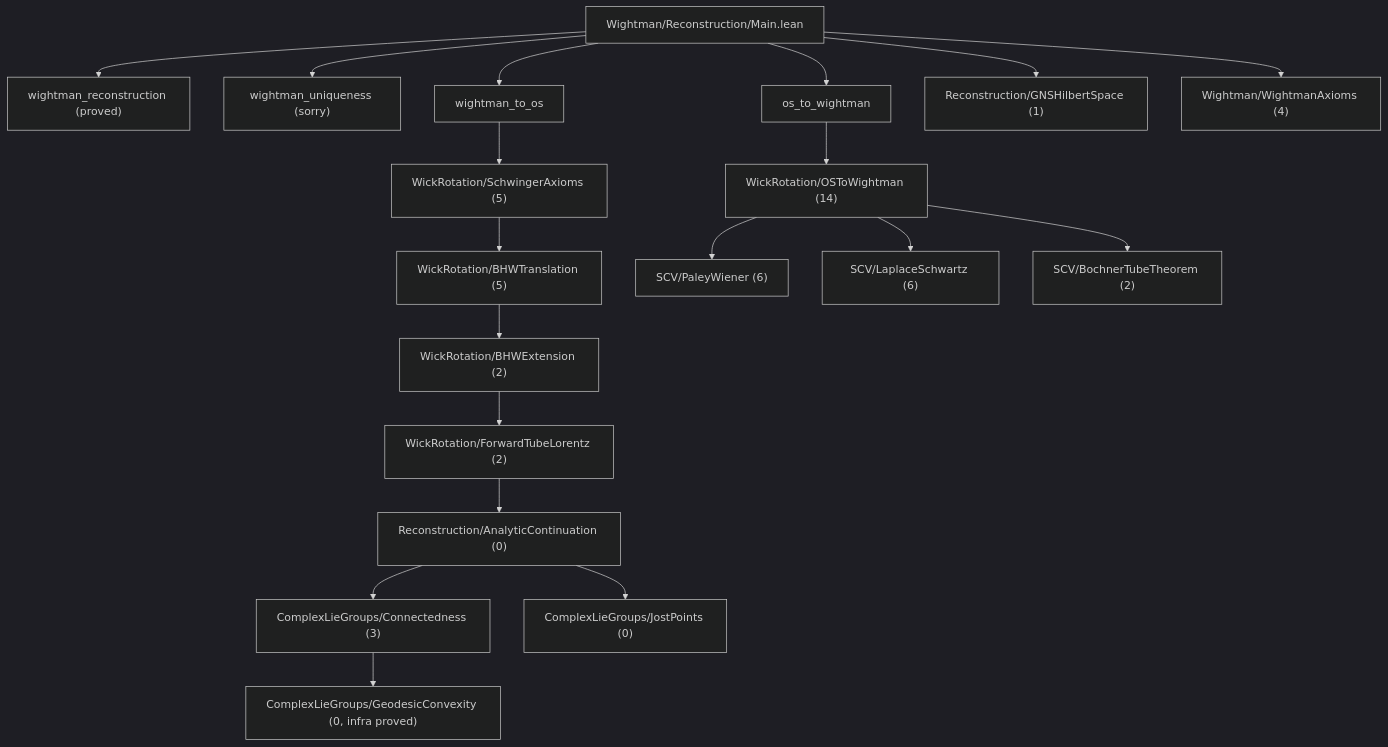
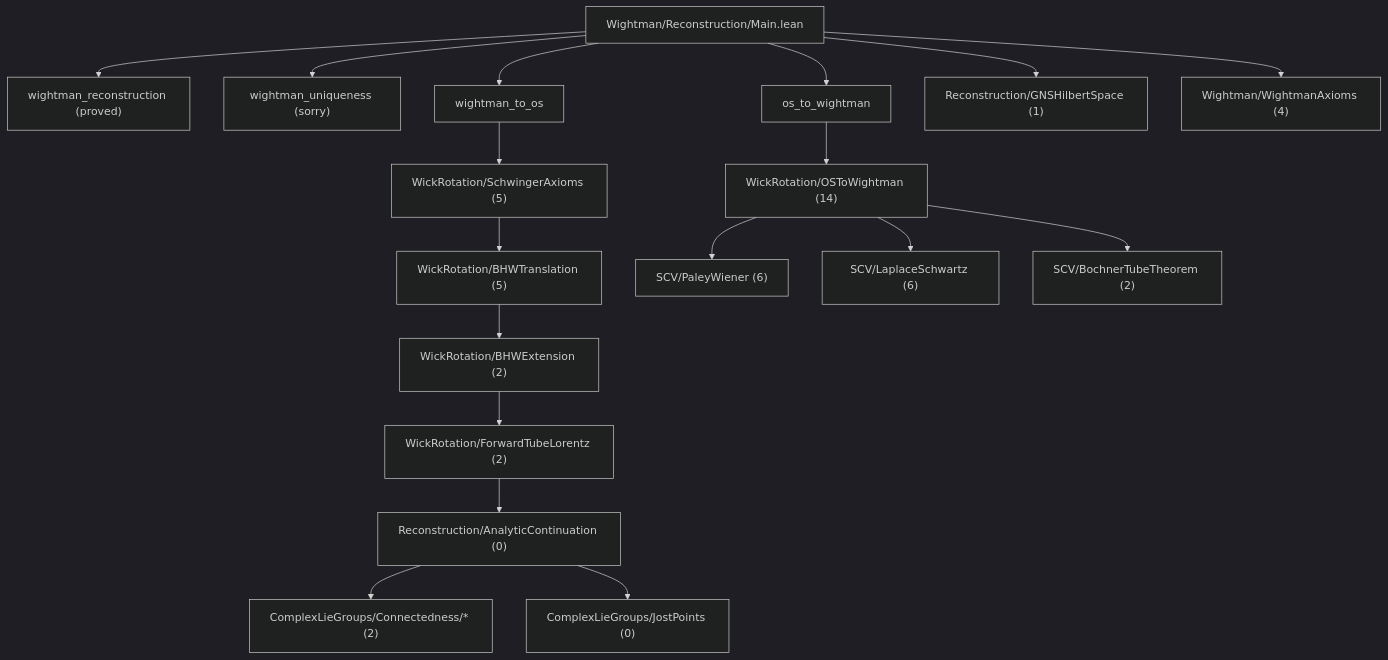
The diagram in OSReconstruction/Wightman/TODO.md (mrdouglasny/OSreconstruction-1), drawn with Mermaid (dark theme) before and after one commit. The commit also changed other lines of this file and 31 other files, not shown here.

````diff
--- a/OSReconstruction/Wightman/TODO.md
+++ b/OSReconstruction/Wightman/TODO.md
@@ -31,25 +33,24 @@
 ```mermaid
 flowchart TD
   M["Wightman/Reconstruction/Main.lean"]
   M --> T1["wightman_reconstruction (proved)"]
   M --> T2["wightman_uniqueness (sorry)"]
   M --> T3["wightman_to_os"]
   M --> T4["os_to_wightman"]
 
   T3 --> SA["WickRotation/SchwingerAxioms (5)"]
   SA --> BT["WickRotation/BHWTranslation (5)"]
   BT --> BE["WickRotation/BHWExtension (2)"]
   BE --> FL["WickRotation/ForwardTubeLorentz (2)"]
   FL --> AC["Reconstruction/AnalyticContinuation (0)"]
-  AC --> CO["ComplexLieGroups/Connectedness (3)"]
-  CO --> GC["ComplexLieGroups/GeodesicConvexity (0, infra proved)"]
+  AC --> CO["ComplexLieGroups/Connectedness/* (2)"]
   AC --> JP["ComplexLieGroups/JostPoints (0)"]
 
   T4 --> OW["WickRotation/OSToWightman (14)"]
   OW --> PW["SCV/PaleyWiener (6)"]
   OW --> LS["SCV/LaplaceSchwartz (6)"]
   OW --> BO["SCV/BochnerTubeTheorem (2)"]
 
   M --> GH["Reconstruction/GNSHilbertSpace (1)"]
   M --> WA["Wightman/WightmanAxioms (4)"]
 ```
````
